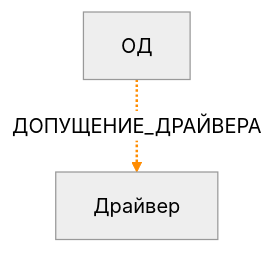
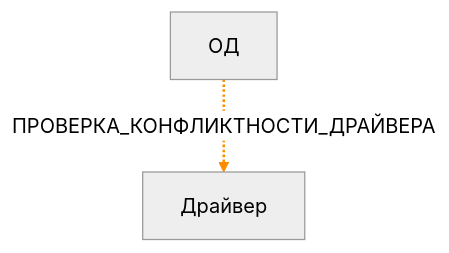
Before and after one commit to mike-rdnk/xlnce: the seventh of 18 diagrams in xlnce/templates/mk-mermaid-template.md, drawn with Mermaid (neutral theme). The commit also changed other lines of this file and 1 other file, not shown here.

````diff
--- a/xlnce/templates/mk-mermaid-template.md
+++ b/xlnce/templates/mk-mermaid-template.md
@@ -119,9 +141,9 @@
 ```mermaid
 flowchart TB
     ОД["ОД"]
     Драйвер["Драйвер"]
     
-    ОД -.->|ДОПУЩЕНИЕ_ДРАЙВЕРА| Драйвер
+    ОД -.->|ПРОВЕРКА_КОНФЛИКТНОСТИ_ДРАЙВЕРА| Драйвер
     
     linkStyle 0 stroke:#ff8c00,stroke-width:2px
 ```
````
